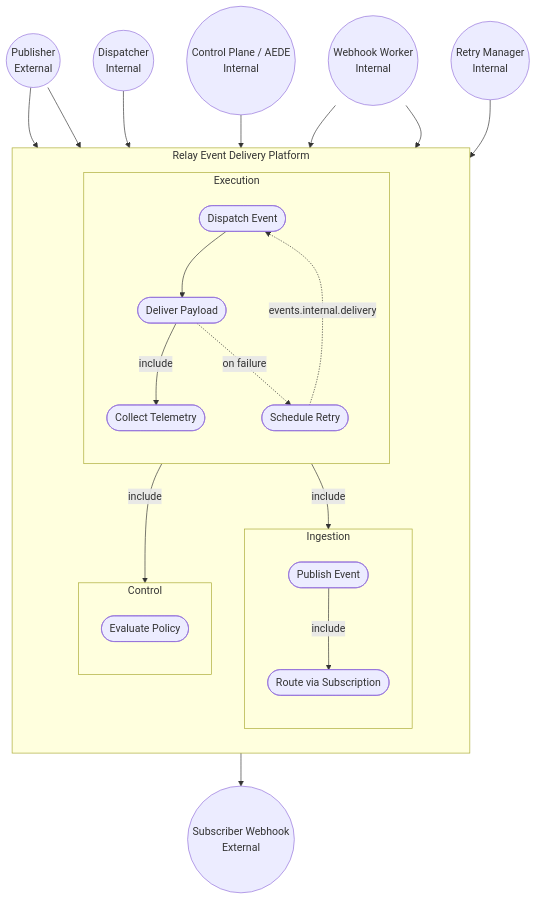
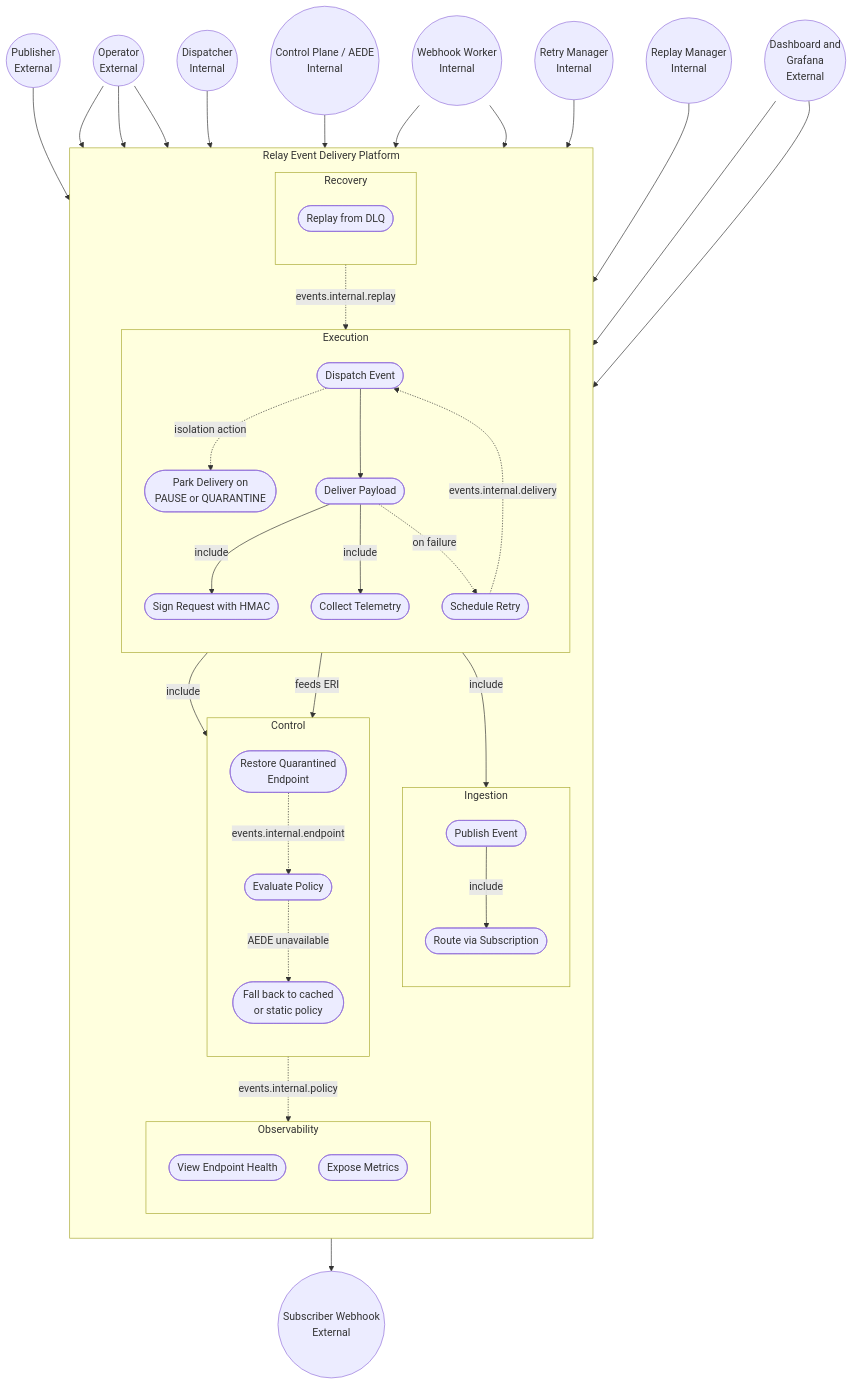
One commit to RelayForged/relayforge changed the diagram in docs/Diagrams/use-case-diagram.md. Above: the diagram before and after it, drawn with Mermaid. The commit also changed other lines of this file and 45 other files, not shown here.

First line of the commit message:
Add observability: typed internal events, Prometheus metrics, Grafana, K8s manifests

````diff
--- a/docs/Diagrams/use-case-diagram.md
+++ b/docs/Diagrams/use-case-diagram.md
@@ -5,49 +5,79 @@
 ```mermaid
 flowchart TB
-    Pub((Publisher\nExternal))
-    Hook((Subscriber Webhook\nExternal))
-    AEDE((Control Plane / AEDE\nInternal))
-    Disp((Dispatcher\nInternal))
-    Work((Webhook Worker\nInternal))
-    Retry((Retry Manager\nInternal))
+    Pub((Publisher<br/>External))
+    Op((Operator<br/>External))
+    Hook((Subscriber Webhook<br/>External))
+    Obs((Dashboard and<br/>Grafana<br/>External))
+    AEDE((Control Plane / AEDE<br/>Internal))
+    Disp((Dispatcher<br/>Internal))
+    Work((Webhook Worker<br/>Internal))
+    Retry((Retry Manager<br/>Internal))
+    Replay((Replay Manager<br/>Internal))
 
     subgraph Relay["Relay Event Delivery Platform"]
         direction TB
 
         subgraph Ingestion["Ingestion"]
             direction TB
             Publish([Publish Event])
             Route([Route via Subscription])
         end
 
         subgraph Control["Control"]
             direction TB
             Evaluate([Evaluate Policy])
+            Fallback([Fall back to cached<br/>or static policy])
+            Restore([Restore Quarantined<br/>Endpoint])
         end
 
         subgraph Execution["Execution"]
             direction TB
             Dispatch([Dispatch Event])
+            Park([Park Delivery on<br/>PAUSE or QUARANTINE])
             Deliver([Deliver Payload])
+            Sign([Sign Request with HMAC])
             Collect([Collect Telemetry])
             Schedule([Schedule Retry])
+        end
+
+        subgraph Recovery["Recovery"]
+            direction TB
+            ReplayDLQ([Replay from DLQ])
+        end
+
+        subgraph Observability["Observability"]
+            direction TB
+            Health([View Endpoint Health])
+            Metrics([Expose Metrics])
         end
     end
 
     Pub --> Publish
-    Pub --> Route
+    Op --> Restore
+    Op --> ReplayDLQ
+    Op --> Health
     Disp --> Dispatch
     AEDE --> Evaluate
     Work --> Deliver
     Work --> Collect
     Retry --> Schedule
+    Replay --> ReplayDLQ
+    Obs --> Health
+    Obs --> Metrics
     Deliver --> Hook
 
     Publish -->|include| Route
     Dispatch -->|include| Route
     Dispatch -->|include| Evaluate
+    Evaluate -.->|AEDE unavailable| Fallback
+    Dispatch -.->|isolation action| Park
     Dispatch --> Deliver
+    Deliver -->|include| Sign
     Deliver -->|include| Collect
+    Collect -->|feeds ERI| Evaluate
     Deliver -.->|on failure| Schedule
     Schedule -.->|events.internal.delivery| Dispatch
+    Restore -.->|events.internal.endpoint| Evaluate
+    ReplayDLQ -.->|events.internal.replay| Dispatch
+    Evaluate -.->|events.internal.policy| Health
 ```
````
